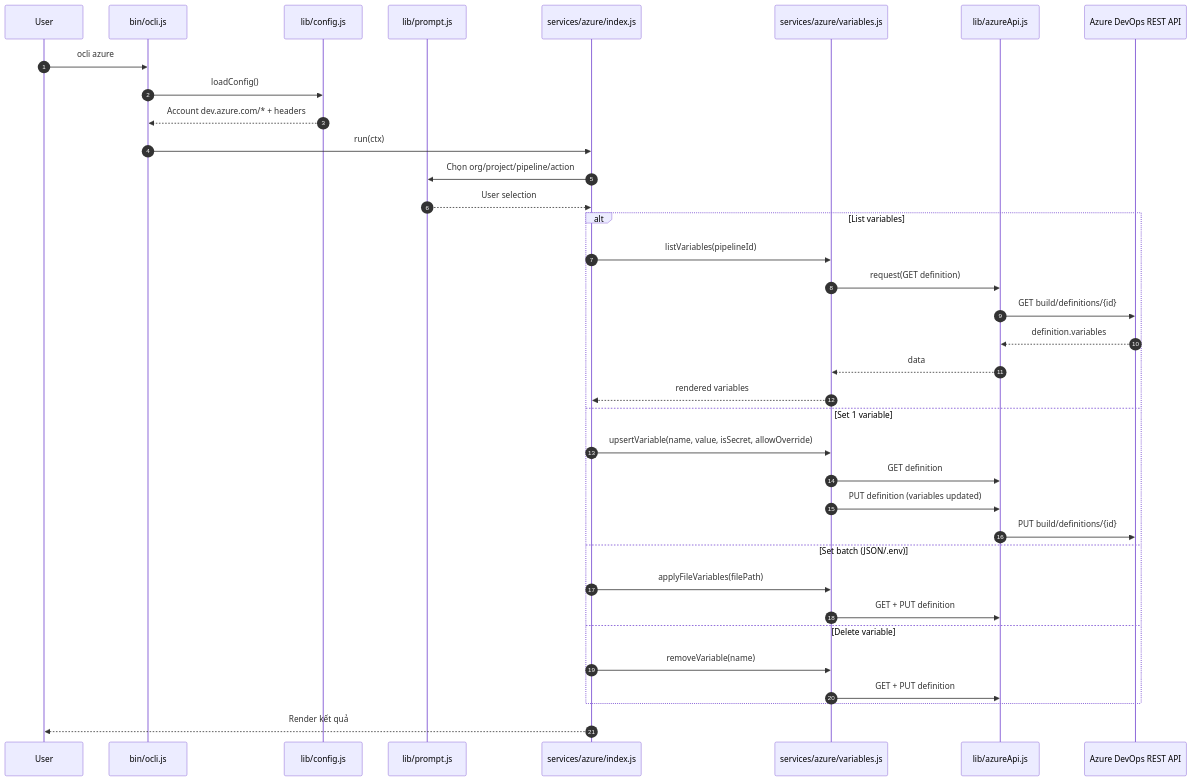
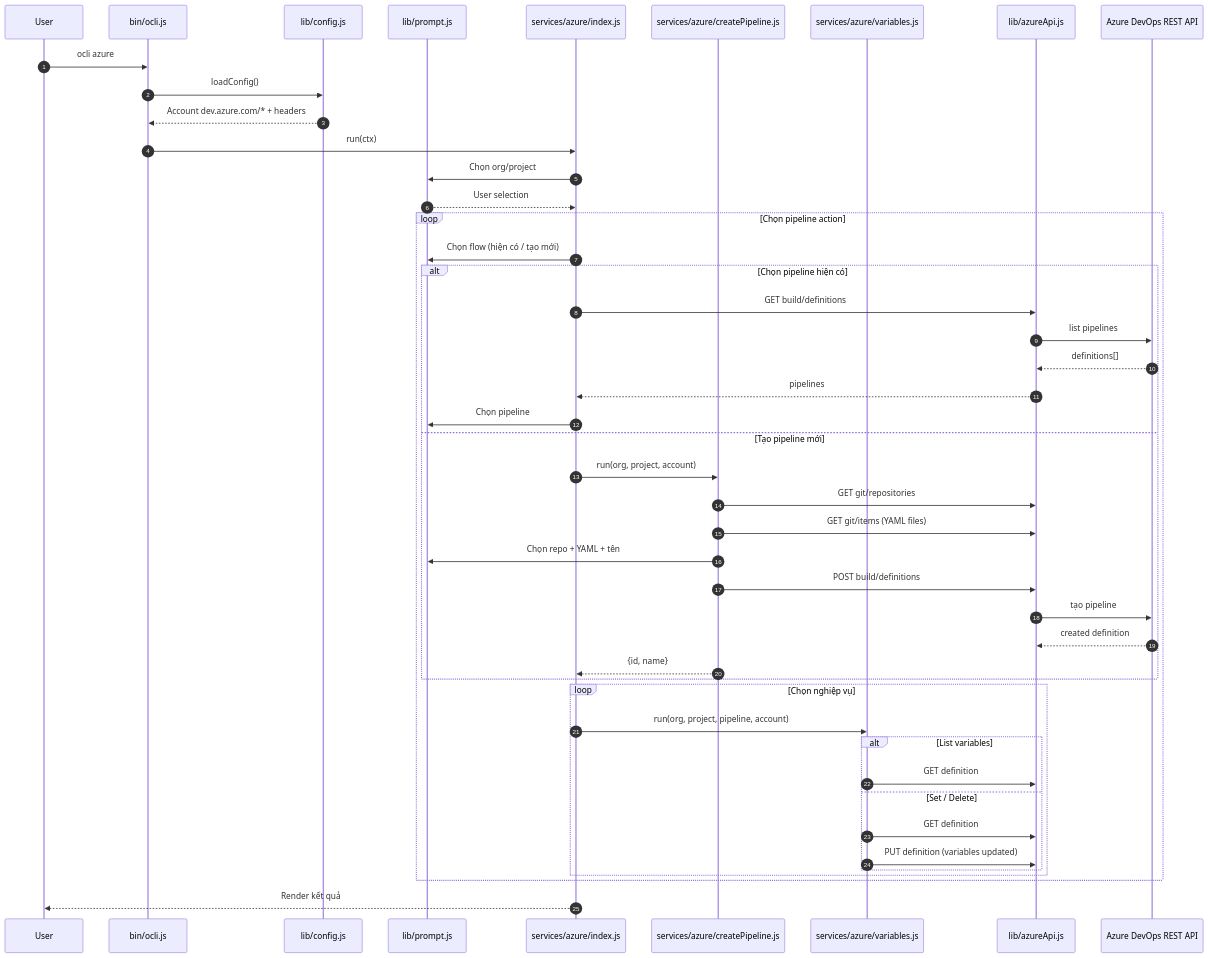
One commit to o22zalo/o-git-alias changed the third of 3 diagrams in nodecli/README.md. Above: the diagram before and after it, drawn with Mermaid. The commit also changed other lines of this file and 7 other files, not shown here.

First line of the commit message:
Những thay đổi trong ocli.1.3.0.fix-createpipeline.zip services/azure/createPipeline.js — 3 fix:

````diff
--- a/nodecli/README.md
+++ b/nodecli/README.md
@@ -127,42 +128,54 @@
 ```mermaid
 sequenceDiagram
     autonumber
     participant User as User
     participant OCLI as bin/ocli.js
     participant Cfg as lib/config.js
     participant Prompt as lib/prompt.js
     participant AZ as services/azure/index.js
+    participant CP as services/azure/createPipeline.js
     participant Var as services/azure/variables.js
     participant Api as lib/azureApi.js
     participant ADO as Azure DevOps REST API
 
     User->>OCLI: ocli azure
     OCLI->>Cfg: loadConfig()
     Cfg-->>OCLI: Account dev.azure.com/* + headers
     OCLI->>AZ: run(ctx)
 
-    AZ->>Prompt: Chọn org/project/pipeline/action
+    AZ->>Prompt: Chọn org/project
     Prompt-->>AZ: User selection
 
-    alt List variables
-        AZ->>Var: listVariables(pipelineId)
-        Var->>Api: request(GET definition)
-        Api->>ADO: GET build/definitions/{id}
-        ADO-->>Api: definition.variables
-        Api-->>Var: data
-        Var-->>AZ: rendered variables
-    else Set 1 variable
-        AZ->>Var: upsertVariable(name, value, isSecret, allowOverride)
-        Var->>Api: GET definition
-        Var->>Api: PUT definition (variables updated)
-        Api->>ADO: PUT build/definitions/{id}
-    else Set batch (JSON/.env)
-        AZ->>Var: applyFileVariables(filePath)
-        Var->>Api: GET + PUT definition
-    else Delete variable
-        AZ->>Var: removeVariable(name)
-        Var->>Api: GET + PUT definition
+    loop Chọn pipeline action
+        AZ->>Prompt: Chọn flow (hiện có / tạo mới)
+
+        alt Chọn pipeline hiện có
+            AZ->>Api: GET build/definitions
+            Api->>ADO: list pipelines
+            ADO-->>Api: definitions[]
+            Api-->>AZ: pipelines
+            AZ->>Prompt: Chọn pipeline
+        else Tạo pipeline mới
+            AZ->>CP: run(org, project, account)
+            CP->>Api: GET git/repositories
+            CP->>Api: GET git/items (YAML files)
+            CP->>Prompt: Chọn repo + YAML + tên
+            CP->>Api: POST build/definitions
+            Api->>ADO: tạo pipeline
+            ADO-->>Api: created definition
+            CP-->>AZ: {id, name}
+        end
+
+        loop Chọn nghiệp vụ
+            AZ->>Var: run(org, project, pipeline, account)
+            alt List variables
+                Var->>Api: GET definition
+            else Set / Delete
+                Var->>Api: GET definition
+                Var->>Api: PUT definition (variables updated)
+            end
+        end
     end
 
     AZ-->>User: Render kết quả
 ```
````
